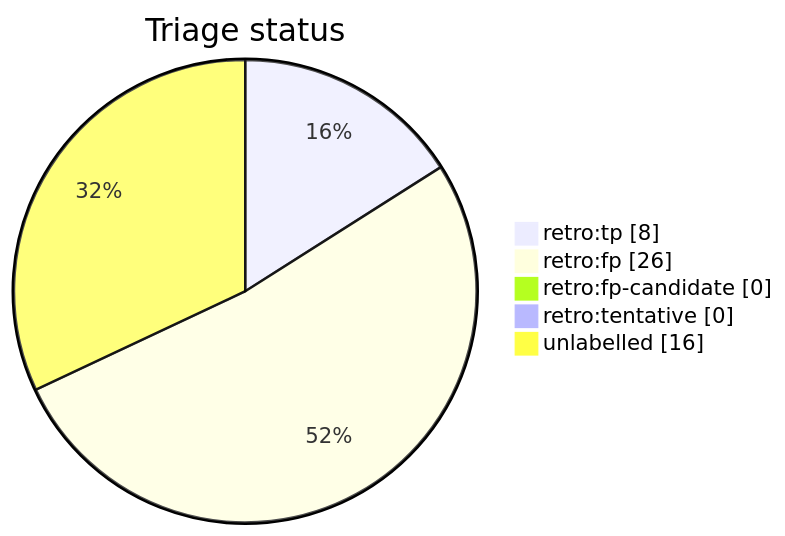
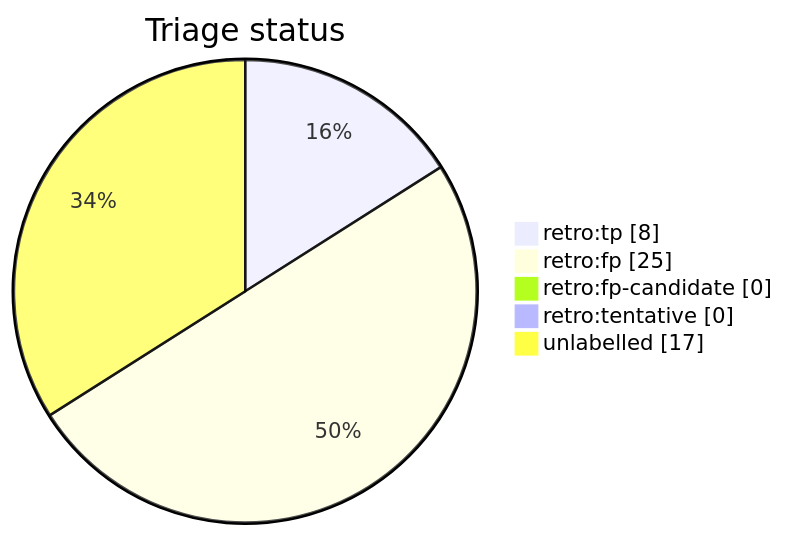
The diagram in docs/generated/scripts/auto-retro-triage-report.md (tvna/claude-md), drawn with Mermaid before and after one commit. The commit also changed other lines of this file, not shown here.

First line of the commit message:
chore(auto-retro): refresh triage report

````diff
--- a/docs/generated/scripts/auto-retro-triage-report.md
+++ b/docs/generated/scripts/auto-retro-triage-report.md
@@ -15,9 +15,9 @@
 ```mermaid
 pie showData
     title Triage status
     "retro:tp" : 8
-    "retro:fp" : 26
+    "retro:fp" : 25
     "retro:fp-candidate" : 0
     "retro:tentative" : 0
-    "unlabelled" : 16
+    "unlabelled" : 17
 ```
````
